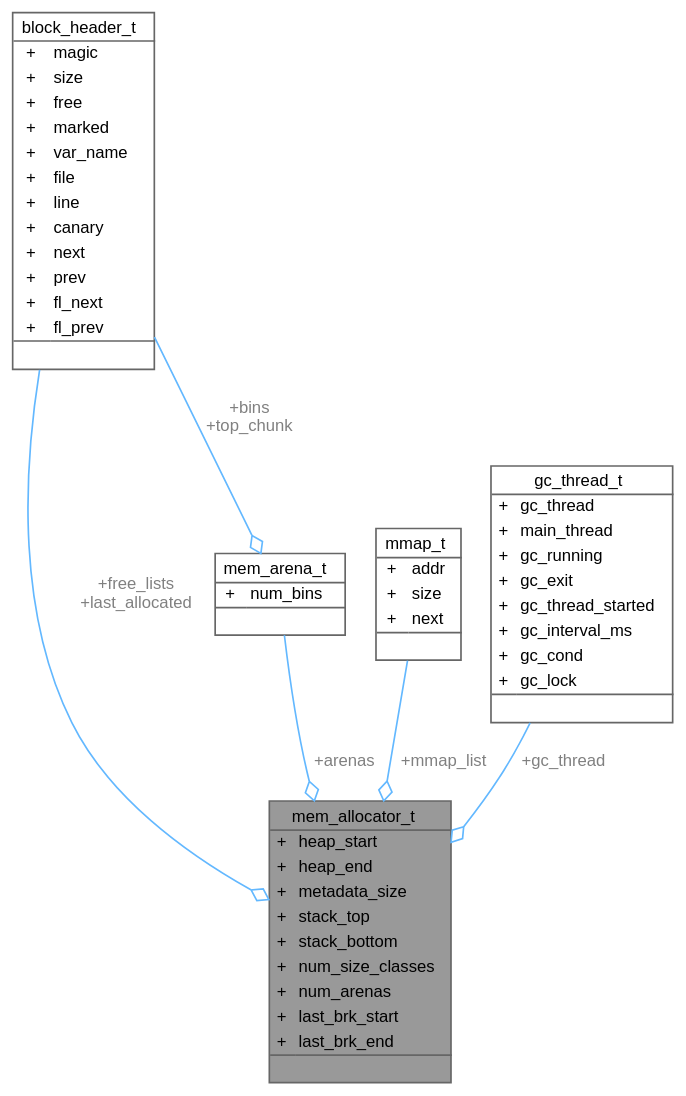
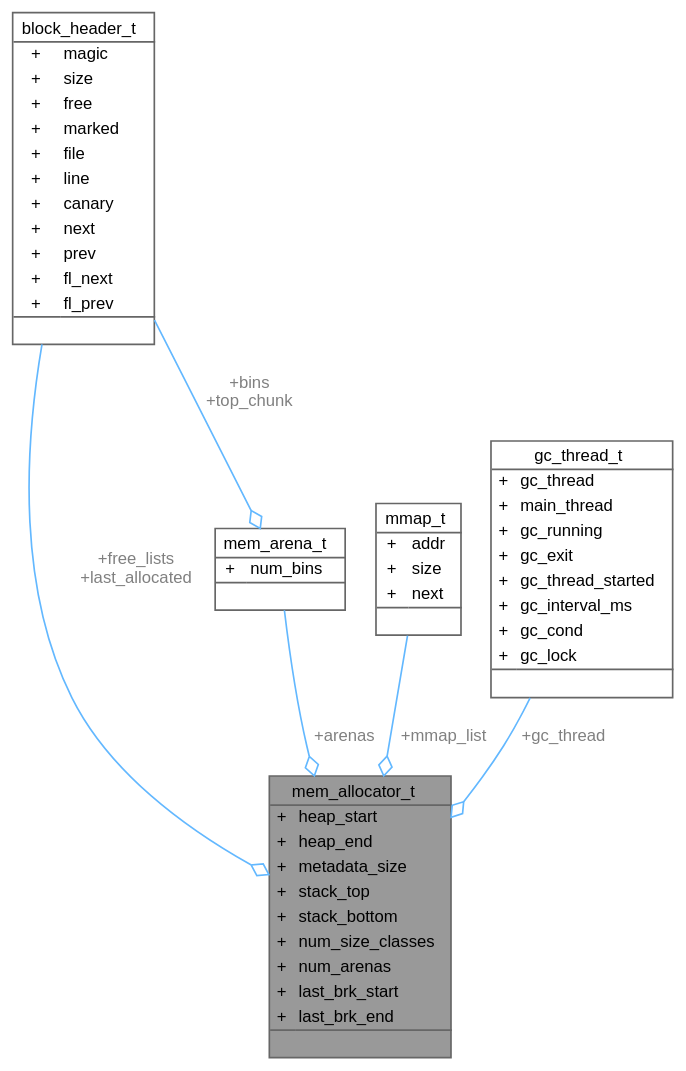
Before and after one commit to RafaelVVolkmer/libmemalloc: the diagram in structmem__allocator__t__coll__graph.dot, drawn with Graphviz. The commit also changed 89 other files, not shown here.

```diff
--- a/structmem__allocator__t__coll__graph.dot
+++ b/structmem__allocator__t__coll__graph.dot
@@ -1,75 +1,74 @@
 digraph "mem_allocator_t"
 {
  // LATEX_PDF_SIZE
   bgcolor="transparent";
   edge [fontname=Helvetica,fontsize=10,labelfontname=Helvetica,labelfontsize=10];
   node [fontname=Helvetica,fontsize=10,shape=box,height=0.2,width=0.4];
   Node1 [id="Node000001",shape=plain,label=<<TABLE CELLBORDER="0" BORDER="1"><TR><TD COLSPAN="2" CELLPADDING="1" CELLSPACING="0">mem_allocator_t</TD></TR>
 <HR/>
 <TR><TD VALIGN="top" CELLPADDING="1" CELLSPACING="0">+</TD><TD VALIGN="top" ALIGN="LEFT" CELLPADDING="1" CELLSPACING="0">heap_start<BR ALIGN="LEFT"/></TD></TR>
 <TR><TD VALIGN="top" CELLPADDING="1" CELLSPACING="0">+</TD><TD VALIGN="top" ALIGN="LEFT" CELLPADDING="1" CELLSPACING="0">heap_end<BR ALIGN="LEFT"/></TD></TR>
 <TR><TD VALIGN="top" CELLPADDING="1" CELLSPACING="0">+</TD><TD VALIGN="top" ALIGN="LEFT" CELLPADDING="1" CELLSPACING="0">metadata_size<BR ALIGN="LEFT"/></TD></TR>
 <TR><TD VALIGN="top" CELLPADDING="1" CELLSPACING="0">+</TD><TD VALIGN="top" ALIGN="LEFT" CELLPADDING="1" CELLSPACING="0">stack_top<BR ALIGN="LEFT"/></TD></TR>
 <TR><TD VALIGN="top" CELLPADDING="1" CELLSPACING="0">+</TD><TD VALIGN="top" ALIGN="LEFT" CELLPADDING="1" CELLSPACING="0">stack_bottom<BR ALIGN="LEFT"/></TD></TR>
 <TR><TD VALIGN="top" CELLPADDING="1" CELLSPACING="0">+</TD><TD VALIGN="top" ALIGN="LEFT" CELLPADDING="1" CELLSPACING="0">num_size_classes<BR ALIGN="LEFT"/></TD></TR>
 <TR><TD VALIGN="top" CELLPADDING="1" CELLSPACING="0">+</TD><TD VALIGN="top" ALIGN="LEFT" CELLPADDING="1" CELLSPACING="0">num_arenas<BR ALIGN="LEFT"/></TD></TR>
 <TR><TD VALIGN="top" CELLPADDING="1" CELLSPACING="0">+</TD><TD VALIGN="top" ALIGN="LEFT" CELLPADDING="1" CELLSPACING="0">last_brk_start<BR ALIGN="LEFT"/></TD></TR>
 <TR><TD VALIGN="top" CELLPADDING="1" CELLSPACING="0">+</TD><TD VALIGN="top" ALIGN="LEFT" CELLPADDING="1" CELLSPACING="0">last_brk_end<BR ALIGN="LEFT"/></TD></TR>
 <HR/>
 <TR><TD COLSPAN="2" CELLPADDING="1" CELLSPACING="0">&nbsp;</TD></TR>
 </TABLE>>
 ,height=0.2,width=0.4,color="gray40", fillcolor="grey60", style="filled", fontcolor="black",tooltip="Manages dynamic memory allocation."];
   Node2 -> Node1 [id="edge1_Node000001_Node000002",color="steelblue1",style="solid",tooltip=" ",label=" +free_lists\n+last_allocated",fontcolor="grey" ,arrowhead="odiamond"];
   Node2 [id="Node000002",shape=plain,label=<<TABLE CELLBORDER="0" BORDER="1"><TR><TD COLSPAN="2" CELLPADDING="1" CELLSPACING="0">block_header_t</TD></TR>
 <HR/>
 <TR><TD VALIGN="top" CELLPADDING="1" CELLSPACING="0">+</TD><TD VALIGN="top" ALIGN="LEFT" CELLPADDING="1" CELLSPACING="0">magic<BR ALIGN="LEFT"/></TD></TR>
 <TR><TD VALIGN="top" CELLPADDING="1" CELLSPACING="0">+</TD><TD VALIGN="top" ALIGN="LEFT" CELLPADDING="1" CELLSPACING="0">size<BR ALIGN="LEFT"/></TD></TR>
 <TR><TD VALIGN="top" CELLPADDING="1" CELLSPACING="0">+</TD><TD VALIGN="top" ALIGN="LEFT" CELLPADDING="1" CELLSPACING="0">free<BR ALIGN="LEFT"/></TD></TR>
 <TR><TD VALIGN="top" CELLPADDING="1" CELLSPACING="0">+</TD><TD VALIGN="top" ALIGN="LEFT" CELLPADDING="1" CELLSPACING="0">marked<BR ALIGN="LEFT"/></TD></TR>
-<TR><TD VALIGN="top" CELLPADDING="1" CELLSPACING="0">+</TD><TD VALIGN="top" ALIGN="LEFT" CELLPADDING="1" CELLSPACING="0">var_name<BR ALIGN="LEFT"/></TD></TR>
 <TR><TD VALIGN="top" CELLPADDING="1" CELLSPACING="0">+</TD><TD VALIGN="top" ALIGN="LEFT" CELLPADDING="1" CELLSPACING="0">file<BR ALIGN="LEFT"/></TD></TR>
 <TR><TD VALIGN="top" CELLPADDING="1" CELLSPACING="0">+</TD><TD VALIGN="top" ALIGN="LEFT" CELLPADDING="1" CELLSPACING="0">line<BR ALIGN="LEFT"/></TD></TR>
 <TR><TD VALIGN="top" CELLPADDING="1" CELLSPACING="0">+</TD><TD VALIGN="top" ALIGN="LEFT" CELLPADDING="1" CELLSPACING="0">canary<BR ALIGN="LEFT"/></TD></TR>
 <TR><TD VALIGN="top" CELLPADDING="1" CELLSPACING="0">+</TD><TD VALIGN="top" ALIGN="LEFT" CELLPADDING="1" CELLSPACING="0">next<BR ALIGN="LEFT"/></TD></TR>
 <TR><TD VALIGN="top" CELLPADDING="1" CELLSPACING="0">+</TD><TD VALIGN="top" ALIGN="LEFT" CELLPADDING="1" CELLSPACING="0">prev<BR ALIGN="LEFT"/></TD></TR>
 <TR><TD VALIGN="top" CELLPADDING="1" CELLSPACING="0">+</TD><TD VALIGN="top" ALIGN="LEFT" CELLPADDING="1" CELLSPACING="0">fl_next<BR ALIGN="LEFT"/></TD></TR>
 <TR><TD VALIGN="top" CELLPADDING="1" CELLSPACING="0">+</TD><TD VALIGN="top" ALIGN="LEFT" CELLPADDING="1" CELLSPACING="0">fl_prev<BR ALIGN="LEFT"/></TD></TR>
 <HR/>
 <TR><TD COLSPAN="2" CELLPADDING="1" CELLSPACING="0">&nbsp;</TD></TR>
 </TABLE>>
 ,height=0.2,width=0.4,color="gray40", fillcolor="white", style="filled",URL="$structblock__header__t.html",tooltip="Represents the header for a memory block."];
   Node3 -> Node1 [id="edge2_Node000001_Node000003",color="steelblue1",style="solid",tooltip=" ",label=" +arenas",fontcolor="grey" ,arrowhead="odiamond"];
   Node3 [id="Node000003",shape=plain,label=<<TABLE CELLBORDER="0" BORDER="1"><TR><TD COLSPAN="2" CELLPADDING="1" CELLSPACING="0">mem_arena_t</TD></TR>
 <HR/>
 <TR><TD VALIGN="top" CELLPADDING="1" CELLSPACING="0">+</TD><TD VALIGN="top" ALIGN="LEFT" CELLPADDING="1" CELLSPACING="0">num_bins<BR ALIGN="LEFT"/></TD></TR>
 <HR/>
 <TR><TD COLSPAN="2" CELLPADDING="1" CELLSPACING="0">&nbsp;</TD></TR>
 </TABLE>>
 ,height=0.2,width=0.4,color="gray40", fillcolor="white", style="filled",URL="$structmem__arena__t.html",tooltip="Represents a memory arena with its own free lists."];
   Node2 -> Node3 [id="edge3_Node000003_Node000002",color="steelblue1",style="solid",tooltip=" ",label=" +bins\n+top_chunk",fontcolor="grey" ,arrowhead="odiamond"];
   Node4 -> Node1 [id="edge4_Node000001_Node000004",color="steelblue1",style="solid",tooltip=" ",label=" +mmap_list",fontcolor="grey" ,arrowhead="odiamond"];
   Node4 [id="Node000004",shape=plain,label=<<TABLE CELLBORDER="0" BORDER="1"><TR><TD COLSPAN="2" CELLPADDING="1" CELLSPACING="0">mmap_t</TD></TR>
 <HR/>
 <TR><TD VALIGN="top" CELLPADDING="1" CELLSPACING="0">+</TD><TD VALIGN="top" ALIGN="LEFT" CELLPADDING="1" CELLSPACING="0">addr<BR ALIGN="LEFT"/></TD></TR>
 <TR><TD VALIGN="top" CELLPADDING="1" CELLSPACING="0">+</TD><TD VALIGN="top" ALIGN="LEFT" CELLPADDING="1" CELLSPACING="0">size<BR ALIGN="LEFT"/></TD></TR>
 <TR><TD VALIGN="top" CELLPADDING="1" CELLSPACING="0">+</TD><TD VALIGN="top" ALIGN="LEFT" CELLPADDING="1" CELLSPACING="0">next<BR ALIGN="LEFT"/></TD></TR>
 <HR/>
 <TR><TD COLSPAN="2" CELLPADDING="1" CELLSPACING="0">&nbsp;</TD></TR>
 </TABLE>>
 ,height=0.2,width=0.4,color="gray40", fillcolor="white", style="filled",URL="$structmmap__t.html",tooltip="Tracks memory-mapped regions for large allocations."];
   Node5 -> Node1 [id="edge5_Node000001_Node000005",color="steelblue1",style="solid",tooltip=" ",label=" +gc_thread",fontcolor="grey" ,arrowhead="odiamond"];
   Node5 [id="Node000005",shape=plain,label=<<TABLE CELLBORDER="0" BORDER="1"><TR><TD COLSPAN="2" CELLPADDING="1" CELLSPACING="0">gc_thread_t</TD></TR>
 <HR/>
 <TR><TD VALIGN="top" CELLPADDING="1" CELLSPACING="0">+</TD><TD VALIGN="top" ALIGN="LEFT" CELLPADDING="1" CELLSPACING="0">gc_thread<BR ALIGN="LEFT"/></TD></TR>
 <TR><TD VALIGN="top" CELLPADDING="1" CELLSPACING="0">+</TD><TD VALIGN="top" ALIGN="LEFT" CELLPADDING="1" CELLSPACING="0">main_thread<BR ALIGN="LEFT"/></TD></TR>
 <TR><TD VALIGN="top" CELLPADDING="1" CELLSPACING="0">+</TD><TD VALIGN="top" ALIGN="LEFT" CELLPADDING="1" CELLSPACING="0">gc_running<BR ALIGN="LEFT"/></TD></TR>
 <TR><TD VALIGN="top" CELLPADDING="1" CELLSPACING="0">+</TD><TD VALIGN="top" ALIGN="LEFT" CELLPADDING="1" CELLSPACING="0">gc_exit<BR ALIGN="LEFT"/></TD></TR>
 <TR><TD VALIGN="top" CELLPADDING="1" CELLSPACING="0">+</TD><TD VALIGN="top" ALIGN="LEFT" CELLPADDING="1" CELLSPACING="0">gc_thread_started<BR ALIGN="LEFT"/></TD></TR>
 <TR><TD VALIGN="top" CELLPADDING="1" CELLSPACING="0">+</TD><TD VALIGN="top" ALIGN="LEFT" CELLPADDING="1" CELLSPACING="0">gc_interval_ms<BR ALIGN="LEFT"/></TD></TR>
 <TR><TD VALIGN="top" CELLPADDING="1" CELLSPACING="0">+</TD><TD VALIGN="top" ALIGN="LEFT" CELLPADDING="1" CELLSPACING="0">gc_cond<BR ALIGN="LEFT"/></TD></TR>
 <TR><TD VALIGN="top" CELLPADDING="1" CELLSPACING="0">+</TD><TD VALIGN="top" ALIGN="LEFT" CELLPADDING="1" CELLSPACING="0">gc_lock<BR ALIGN="LEFT"/></TD></TR>
 <HR/>
 <TR><TD COLSPAN="2" CELLPADDING="1" CELLSPACING="0">&nbsp;</TD></TR>
 </TABLE>>
 ,height=0.2,width=0.4,color="gray40", fillcolor="white", style="filled",URL="$structgc__thread__t.html",tooltip="Orchestrates the background mark-and-sweep garbage collector."];
 }
```
